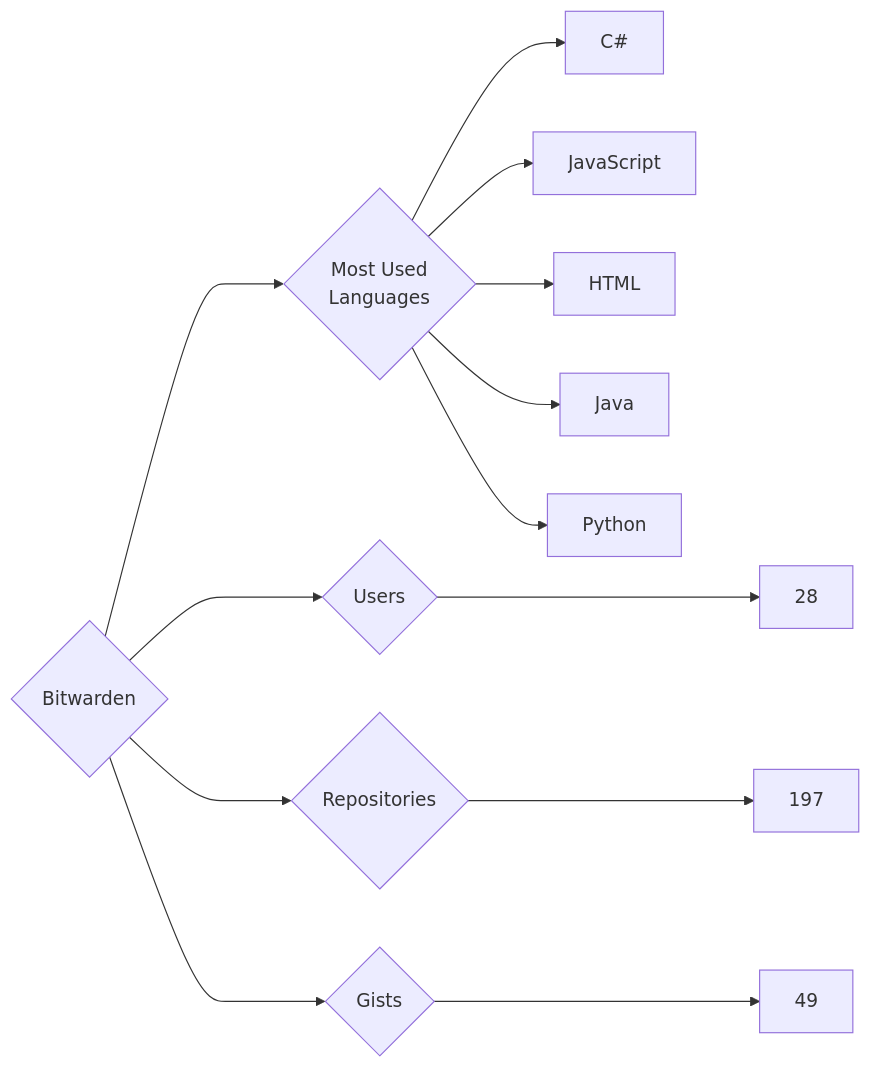
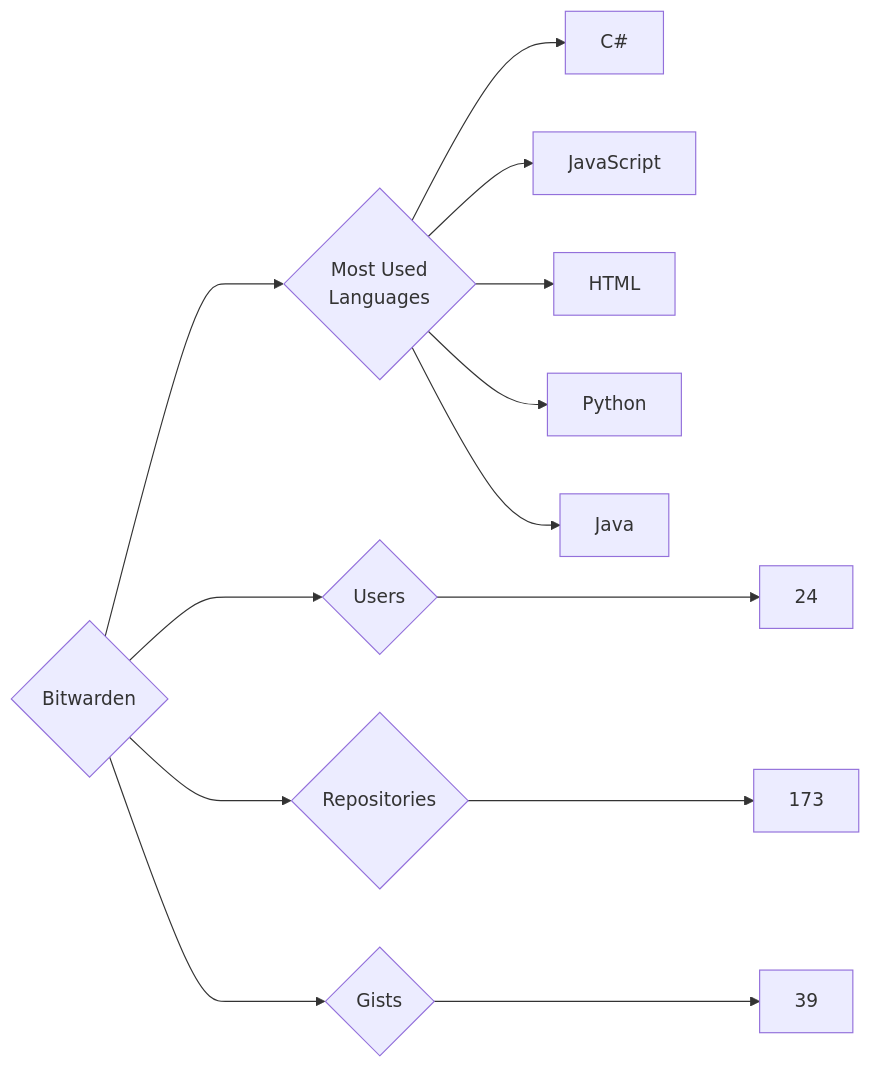
The diagram in targets/Bitwarden/README.md (trickest/insiders), drawn with Mermaid before and after one commit. The commit also changed 925 other files, not shown here.

````diff
--- a/targets/Bitwarden/README.md
+++ b/targets/Bitwarden/README.md
@@ -3,13 +3,13 @@
 ```mermaid
 graph LR
 COMPANY_NAME{Bitwarden}
-COMPANY_NAME ---> U{Users} ---> UN[28]
-COMPANY_NAME ---> R{Repositories} ---> RN[197]
-COMPANY_NAME ---> G{Gists} ---> GN[49]
+COMPANY_NAME ---> U{Users} ---> UN[24]
+COMPANY_NAME ---> R{Repositories} ---> RN[173]
+COMPANY_NAME ---> G{Gists} ---> GN[39]
 COMPANY_NAME ---> ML{Most Used<br>Languages}
 ML --> C#[C#]
 ML --> JavaScript[JavaScript]
 ML --> HTML[HTML]
+ML --> Python[Python]
 ML --> Java[Java]
-ML --> Python[Python]
 ```
````
